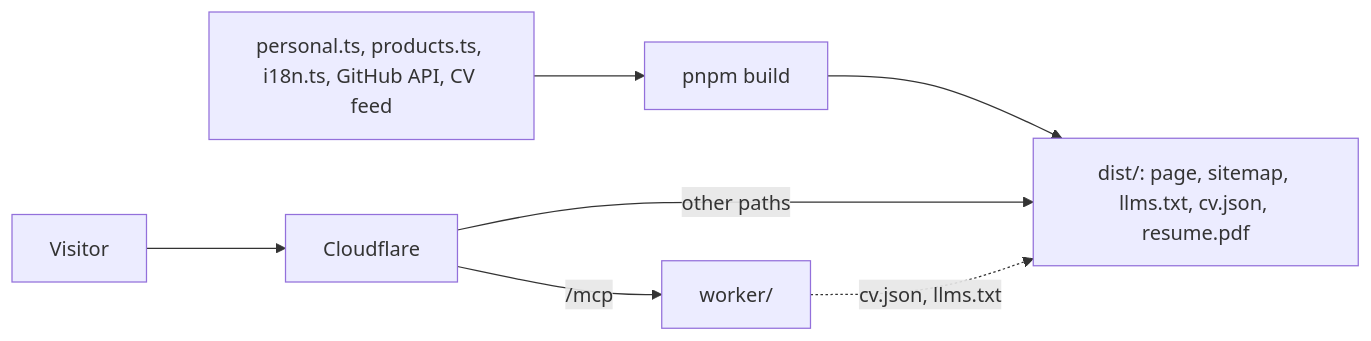
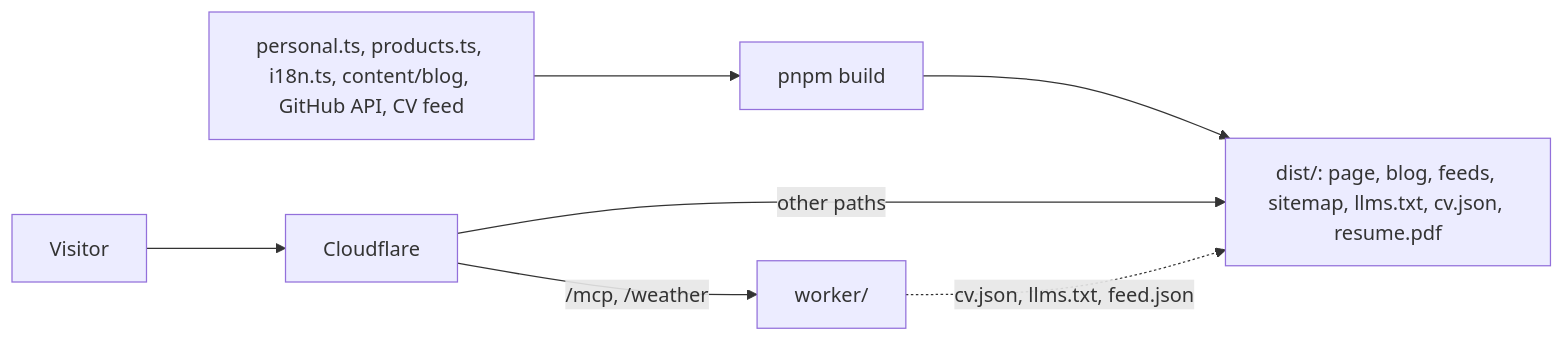
Before and after one commit to pavstev/website: the diagram in README.md, drawn with Mermaid. The commit also changed other lines of this file and 134 other files, not shown here.

````diff
--- a/README.md
+++ b/README.md
@@ -23,8 +24,8 @@
 ```mermaid
 flowchart LR
-  data["personal.ts, products.ts, i18n.ts, GitHub API, CV feed"] --> build["pnpm build"] --> dist["dist/: page, sitemap, llms.txt, cv.json, resume.pdf"]
+  data["personal.ts, products.ts, i18n.ts, content/blog, GitHub API, CV feed"] --> build["pnpm build"] --> dist["dist/: page, blog, feeds, sitemap, llms.txt, cv.json, resume.pdf"]
   visitor["Visitor"] --> cf["Cloudflare"]
   cf -- "other paths" --> dist
-  cf -- "/mcp" --> worker["worker/"]
-  worker -. "cv.json, llms.txt" .-> dist
+  cf -- "/mcp, /weather" --> worker["worker/"]
+  worker -. "cv.json, llms.txt, feed.json" .-> dist
 ```
````
